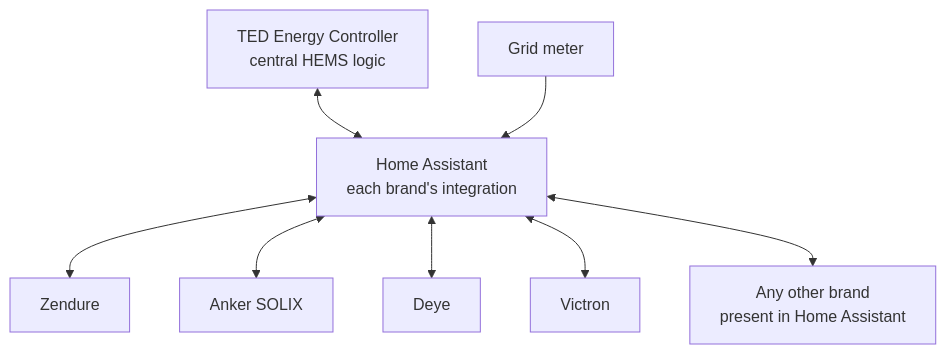
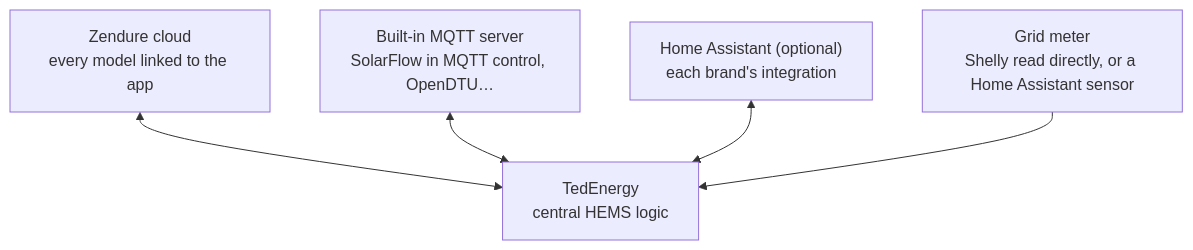
The diagram in README.md (LaurentFoulon/ted-home-assistant), drawn with Mermaid before and after one commit. The commit also changed other lines of this file and 5 other files, not shown here.

````diff
--- a/README.md
+++ b/README.md
@@ -20,10 +22,8 @@
 ```mermaid
 flowchart TD
-    TED["TED Energy Controller<br/>central HEMS logic"] <--> HA["Home Assistant<br/>each brand's integration"]
-    M["Grid meter"] --> HA
-    HA <--> Z["Zendure"]
-    HA <--> A["Anker SOLIX"]
-    HA <--> D["Deye"]
-    HA <--> V["Victron"]
-    HA <--> O["Any other brand<br/>present in Home Assistant"]
+    TED["TedEnergy<br/>central HEMS logic"]
+    C["Zendure cloud<br/>every model linked to the app"] <--> TED
+    Q["Built-in MQTT server<br/>SolarFlow in MQTT control, OpenDTU…"] <--> TED
+    HA["Home Assistant (optional)<br/>each brand's integration"] <--> TED
+    M["Grid meter<br/>Shelly read directly, or a Home Assistant sensor"] --> TED
 ```
````
